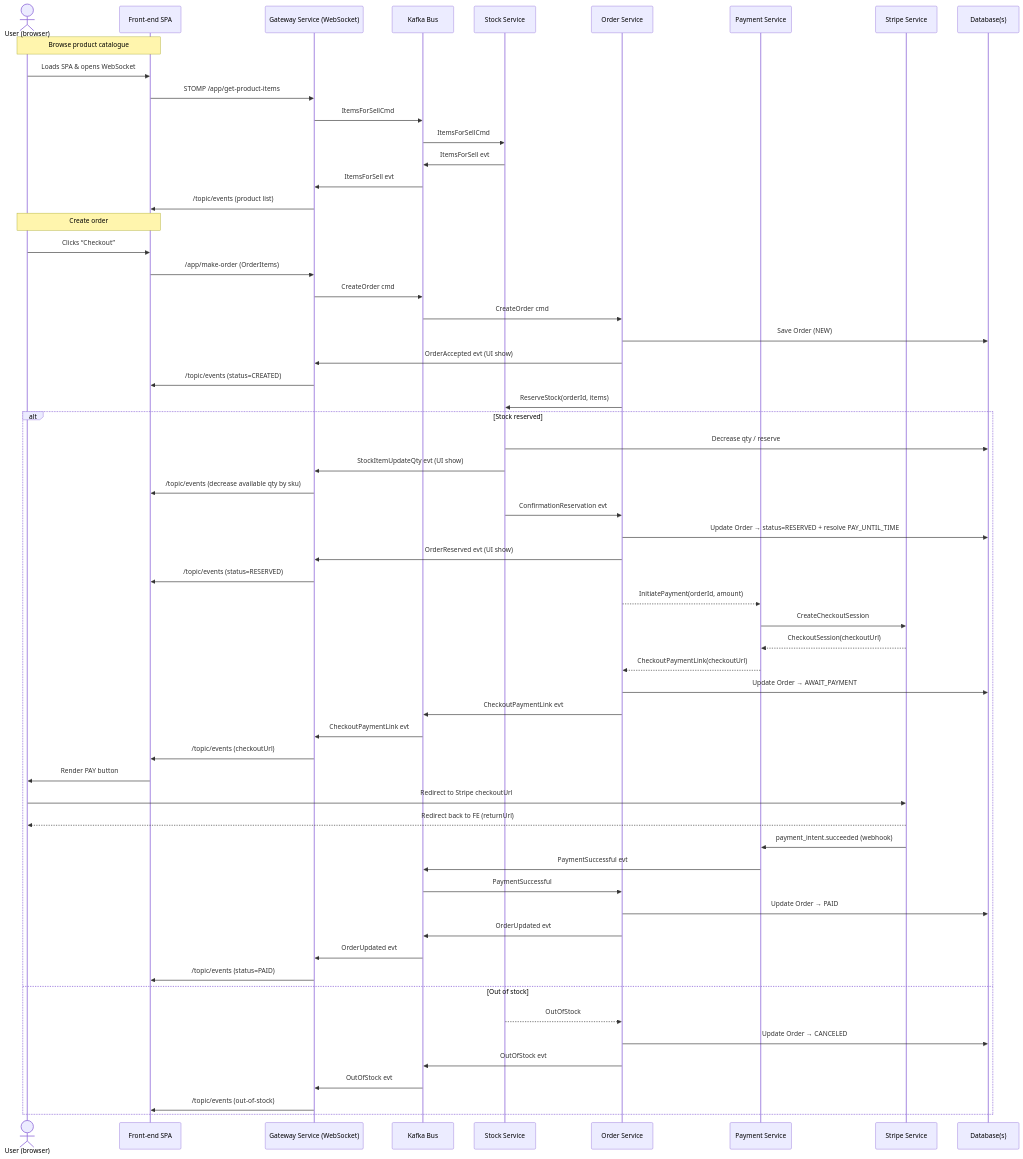
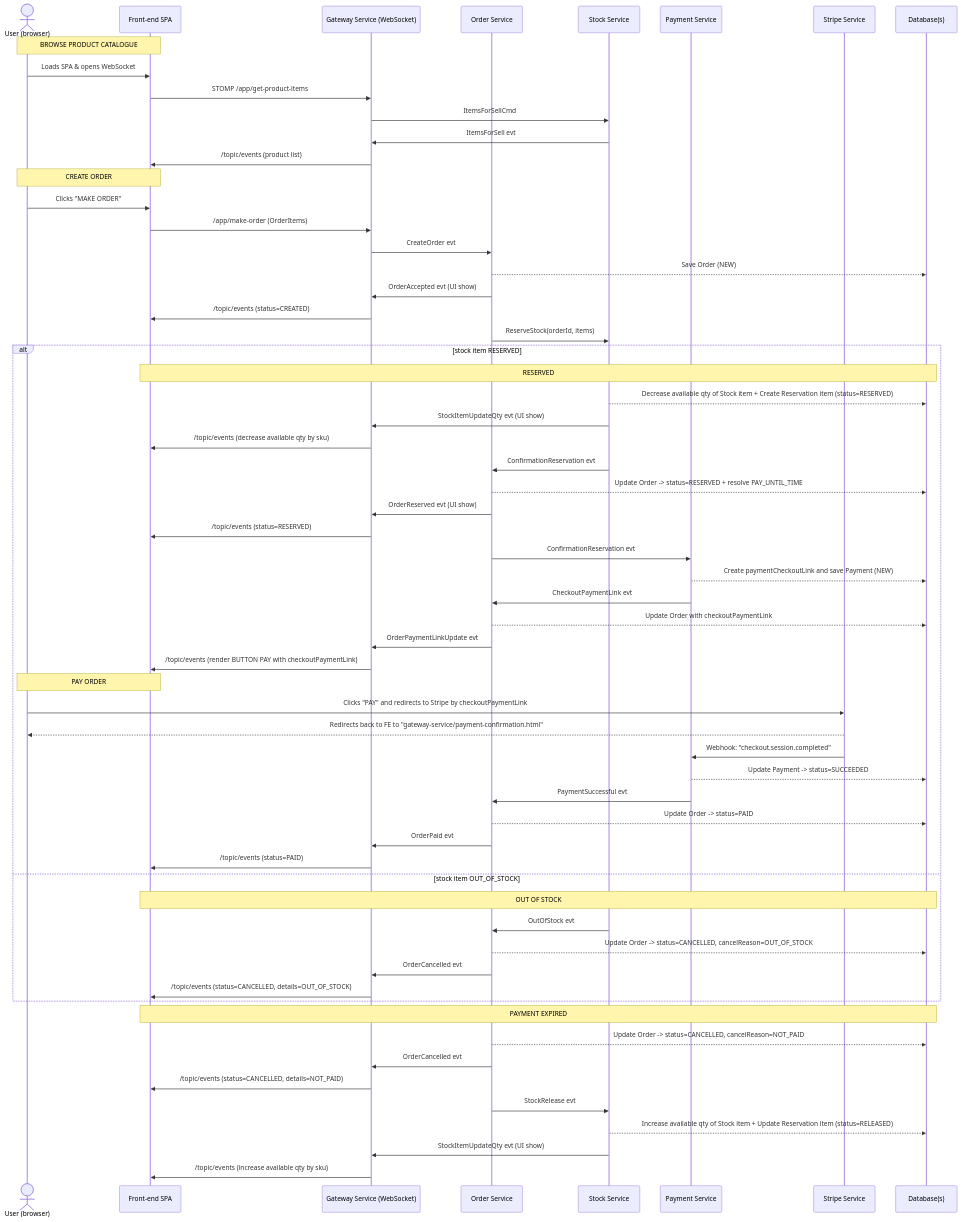
The diagram in README.md (developer-stepanov/shop-platform), drawn with Mermaid before and after one commit. The commit also changed other lines of this file and 3 other files, not shown here.

````diff
--- a/README.md
+++ b/README.md
@@ -9,71 +9,72 @@
 ```mermaid
 sequenceDiagram
     actor U  as User (browser)
     participant FE as Front‑end SPA
     participant GW as Gateway Service (WebSocket)
-    participant K  as Kafka Bus
+    participant OS as Order Service
     participant SS as Stock Service
-    participant OS as Order Service
     participant PS as Payment Service
     participant ST as Stripe Service
     participant DB as Database(s)
 
     %% ---------------- 1. Catalogue ----------------
-    Note over U,FE: Browse product catalogue
+    Note over U,FE: BROWSE PRODUCT CATALOGUE
     U ->> FE: Loads SPA & opens WebSocket
     FE ->> GW: STOMP /app/get-product-items
-    GW ->> K: ItemsForSellCmd
-    K  ->> SS: ItemsForSellCmd
-    SS ->> K: ItemsForSell evt
-    K  ->> GW: ItemsForSell evt
+    GW ->> SS: ItemsForSellCmd
+    SS ->> GW: ItemsForSell evt
     GW ->> FE: /topic/events (product list)
 
     %% ---------------- 2. Create Order ----------------
-    Note over U,FE: Create order
-    U ->> FE: Clicks “Checkout”
+    Note over U,FE: CREATE ORDER
+    U ->> FE: Clicks "MAKE ORDER"
     FE ->> GW: /app/make-order (OrderItems)
-    GW ->> K: CreateOrder cmd
-    K  ->> OS: CreateOrder cmd
-    OS ->> DB: Save Order (NEW)
+    GW ->> OS: CreateOrder evt
+    OS -->> DB: Save Order (NEW)
     OS ->> GW: OrderAccepted evt (UI show)
     GW ->> FE: /topic/events (status=CREATED)
     OS ->> SS: ReserveStock(orderId, items)
 
     %% ----- 2a. Stock reserved branch -----
-    alt Stock reserved
-        SS ->> DB: Decrease qty / reserve
+    alt stock item RESERVED
+        Note over FE,DB: RESERVED
+        SS -->> DB: Decrease available qty of Stock item + Create Reservation item (status=RESERVED)
         SS ->> GW: StockItemUpdateQty evt (UI show)
         GW ->> FE: /topic/events (decrease available qty by sku)
         SS ->> OS: ConfirmationReservation evt
-        OS ->> DB: Update Order → status=RESERVED + resolve PAY_UNTIL_TIME
+        OS -->> DB: Update Order -> status=RESERVED + resolve PAY_UNTIL_TIME
         OS ->> GW: OrderReserved evt (UI show)
         GW ->> FE: /topic/events (status=RESERVED)
+        OS ->> PS: ConfirmationReservation evt
+        PS -->> DB: Create paymentCheckoutLink and save Payment (NEW)
+        PS ->> OS: CheckoutPaymentLink evt
+        OS -->> DB: Update Order with checkoutPaymentLink
+        OS ->> GW: OrderPaymentLinkUpdate evt
+        GW ->> FE: /topic/events (render BUTTON PAY with checkoutPaymentLink)
         
-        OS -->> PS: InitiatePayment(orderId, amount)
-        PS ->> ST: CreateCheckoutSession
-        ST -->> PS: CheckoutSession(checkoutUrl)
-        PS -->> OS: CheckoutPaymentLink(checkoutUrl)
-        OS ->> DB: Update Order → AWAIT_PAYMENT
-        OS ->> K: CheckoutPaymentLink evt
-        K  ->> GW: CheckoutPaymentLink evt
-        GW ->> FE: /topic/events (checkoutUrl)
-        FE ->> U: Render PAY button
-        U  ->> ST: Redirect to Stripe checkoutUrl
-        ST -->> U: Redirect back to FE (returnUrl)
-        ST ->> PS: payment_intent.succeeded (webhook)
-        PS ->> K: PaymentSuccessful evt
-        K  ->> OS: PaymentSuccessful
-        OS ->> DB: Update Order → PAID
-        OS ->> K: OrderUpdated evt
-        K  ->> GW: OrderUpdated evt
+        Note over U,FE: PAY ORDER
+        U  ->> ST: Clicks "PAY" and redirects to Stripe by checkoutPaymentLink
+        ST -->> U: Redirects back to FE to "gateway-service/payment-confirmation.html"
+        ST ->> PS: Webhook: "checkout.session.completed"
+        PS -->> DB: Update Payment -> status=SUCCEEDED
+        PS ->> OS: PaymentSuccessful evt
+        OS -->> DB: Update Order -> status=PAID
+        OS ->> GW: OrderPaid evt
         GW ->> FE: /topic/events (status=PAID)
-    %% --- Highlight Out-of-stock path ---
-    else Out of stock
-        SS -->> OS: OutOfStock
-        OS ->> DB: Update Order → CANCELED
-        OS ->> K: OutOfStock evt
-        K  ->> GW: OutOfStock evt
-        GW ->> FE: /topic/events (out‑of‑stock)
+    %% ----- 2b. Stock OUT_OF_STOCK branch -----
+    else stock item OUT_OF_STOCK
+        Note over FE,DB: OUT OF STOCK
+        SS ->> OS: OutOfStock evt
+        OS -->> DB: Update Order -> status=CANCELLED, cancelReason=OUT_OF_STOCK
+        OS ->> GW: OrderCancelled evt
+        GW ->> FE: /topic/events (status=CANCELLED, details=OUT_OF_STOCK)
     end
-    %% --- End highlight ---
+    Note over FE,DB: PAYMENT EXPIRED
+    OS -->> DB: Update Order -> status=CANCELLED, cancelReason=NOT_PAID
+    OS ->> GW: OrderCancelled evt
+    GW ->> FE: /topic/events (status=CANCELLED, details=NOT_PAID)
+    OS ->> SS: StockRelease evt
+    SS -->> DB: Increase available qty of Stock item + Update Reservation item (status=RELEASED)
+    SS ->> GW: StockItemUpdateQty evt (UI show)
+    GW ->> FE: /topic/events (increase available qty by sku)
 ```
````
